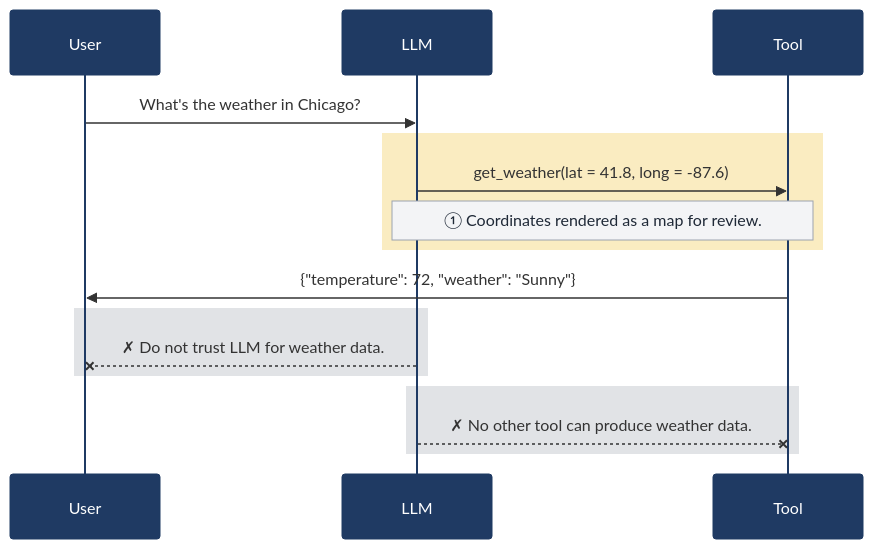
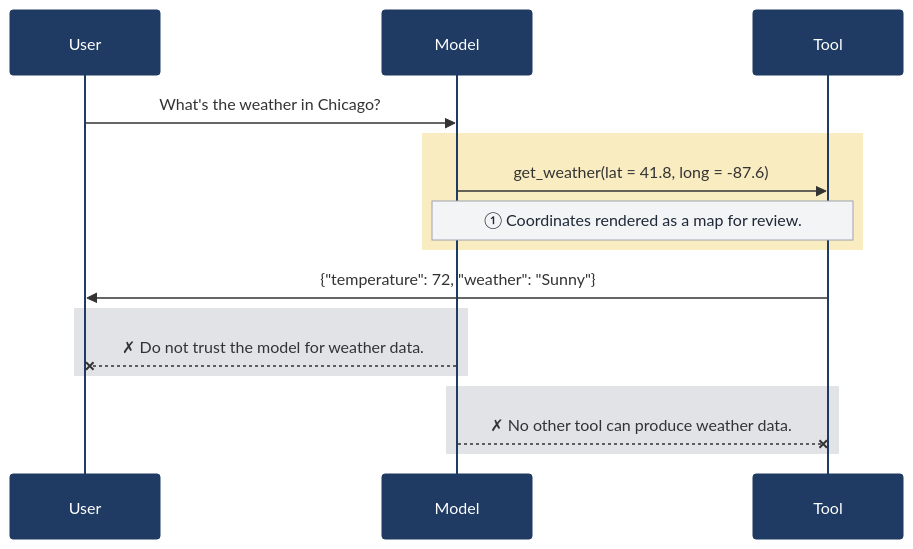
The fifth of 7 diagrams in hallucinations.qmd (parmsam/trustedminiagents), drawn with Mermaid before and after one commit. The commit also changed other lines of this file and 5 other files, not shown here.

Commit message:
'LLM' => 'AI model'

````diff
--- a/hallucinations.qmd
+++ b/hallucinations.qmd
@@ -179,20 +179,20 @@
 ```{mermaid}
 %%{init: {'theme':'base', 'themeVariables': {'actorBkg':'#1F3A63','actorTextColor':'#ffffff','actorBorder':'#1F3A63','noteBkgColor':'#F3F4F6','noteBorderColor':'#9CA3AF','noteTextColor':'#1F2937'}}}%%
 sequenceDiagram
     participant User
-    participant LLM
+    participant Model
     participant Tool
 
-    User->>LLM: What's the weather in Chicago?
+    User->>Model: What's the weather in Chicago?
     rect rgba(234, 179, 8, 0.25)
-    LLM->>Tool: get_weather(lat = 41.8, long = -87.6)
-    note over LLM,Tool: ① Coordinates rendered as a map for review.
+    Model->>Tool: get_weather(lat = 41.8, long = -87.6)
+    note over Model,Tool: ① Coordinates rendered as a map for review.
     end
     Tool->>User: {"temperature": 72, "weather": "Sunny"}
     rect rgba(107, 114, 128, 0.2)
-    LLM--xUser: ✗ Do not trust LLM for weather data.
+    Model--xUser: ✗ Do not trust the model for weather data.
     end
     rect rgba(107, 114, 128, 0.2)
-    LLM--xTool: ✗ No other tool can produce weather data.
+    Model--xTool: ✗ No other tool can produce weather data.
     end
 ```
````
